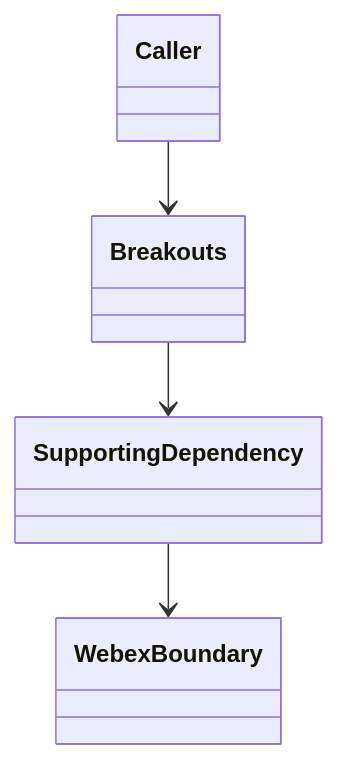
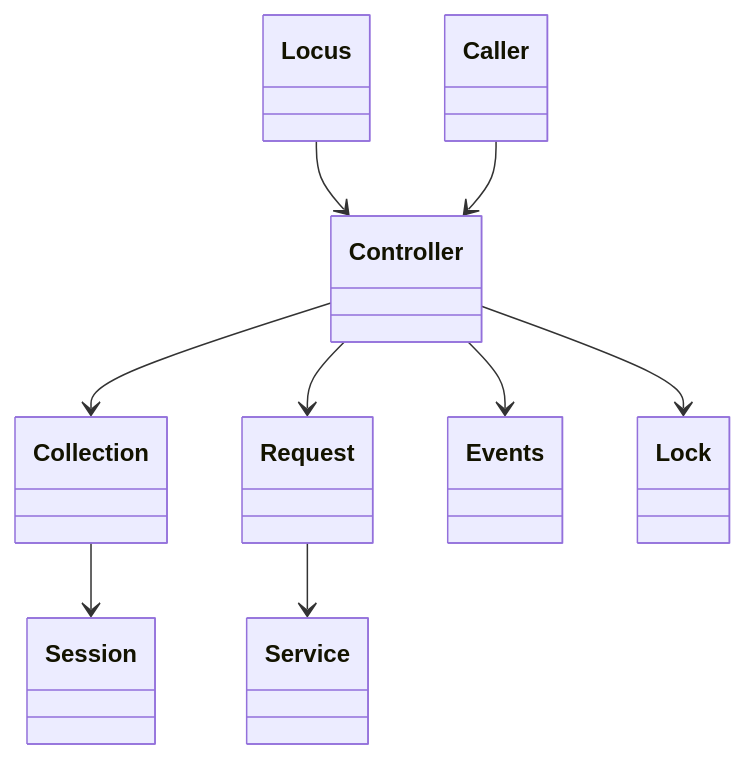
Before and after one commit to webex/webex-js-sdk: the fourth of 5 diagrams in packages/@webex/plugin-meetings/src/breakouts/ai-docs/breakouts-spec.md, drawn with Mermaid. The commit also changed other lines of this file and 26 other files, not shown here.

````diff
--- a/packages/@webex/plugin-meetings/src/breakouts/ai-docs/breakouts-spec.md
+++ b/packages/@webex/plugin-meetings/src/breakouts/ai-docs/breakouts-spec.md
@@ -145,10 +167,20 @@
 ```mermaid
 classDiagram
+  class Locus
+  class Controller
+  class Collection
+  class Session
   class Caller
-  class Breakouts
-  class SupportingDependency
-  class WebexBoundary
-  Caller --> Breakouts
-  Breakouts --> SupportingDependency
-  SupportingDependency --> WebexBoundary
+  class Request
+  class Service
+  class Events
+  class Lock
+  Locus --> Controller
+  Controller --> Collection
+  Collection --> Session
+  Caller --> Controller
+  Controller --> Request
+  Request --> Service
+  Controller --> Events
+  Controller --> Lock
 ```
````
